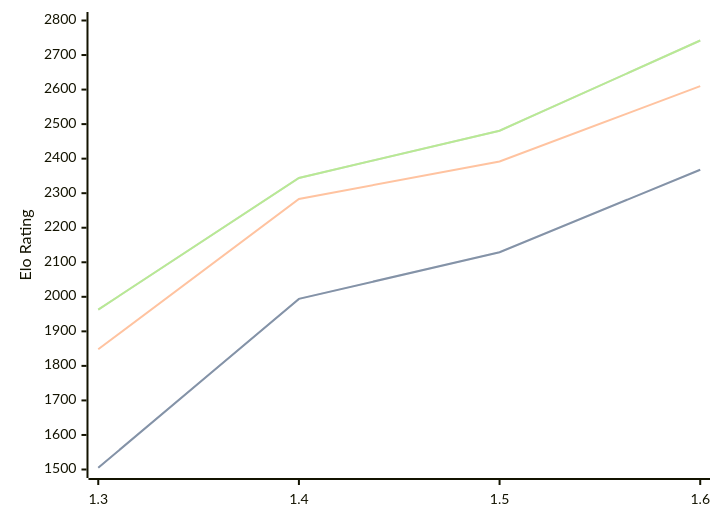
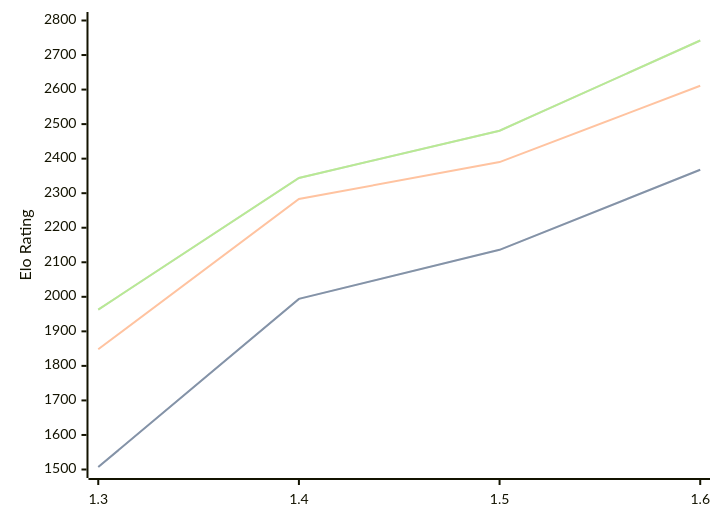
Before and after one commit to computer-chess-index/cci: the first of 3 diagrams in engines/Facon.md, drawn with Mermaid. The commit also changed other lines of this file, not shown here.

````diff
--- a/engines/Facon.md
+++ b/engines/Facon.md
@@ -37,11 +37,11 @@
 ```mermaid
 %%{init: {"theme":"base","themeVariables":{"seriesColors:['#a3a3a3','#222221','#faa371']}}}%%
 xychart-beta
   x-axis ["1.3", "1.4", "1.5", "1.6"]
   y-axis "Elo Rating" 1500 --> 2800
-  line "STC (8.0+0.08s)" [1505, 1994, 2129, 2368]
-  line "STC (8.0+0.08s)" [1505, 1994, 2129, 2368]
-  line "LTC (60.0+0.60s)" [1848, 2283, 2392, 2610]
+  line "STC (8.0+0.08s)" [1507, 1994, 2136, 2368]
+  line "STC (8.0+0.08s)" [1507, 1994, 2136, 2368]
+  line "LTC (60.0+0.60s)" [1848, 2283, 2390, 2611]
   line "VLTC (2m24s+1.12s)" [1963, 2344, 2481, 2742]
   line "VLTC (2m24s+1.12s)" [1963, 2344, 2481, 2742]
 ```
````
